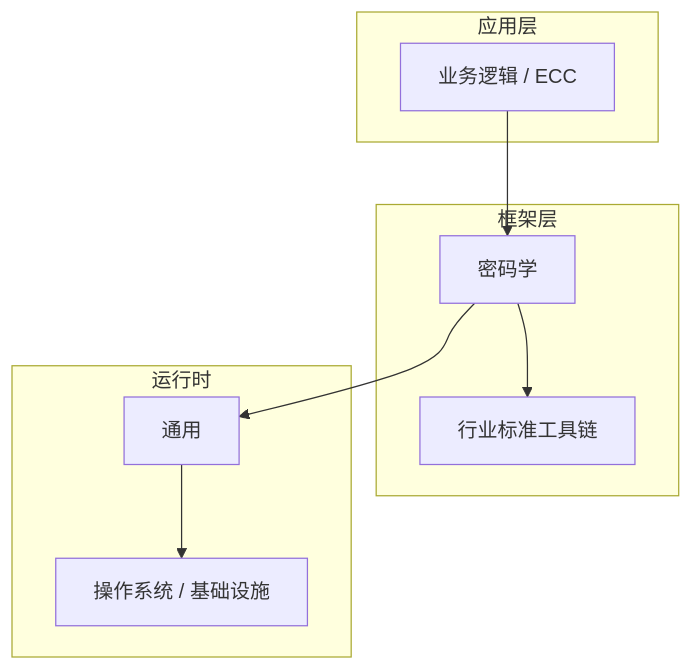
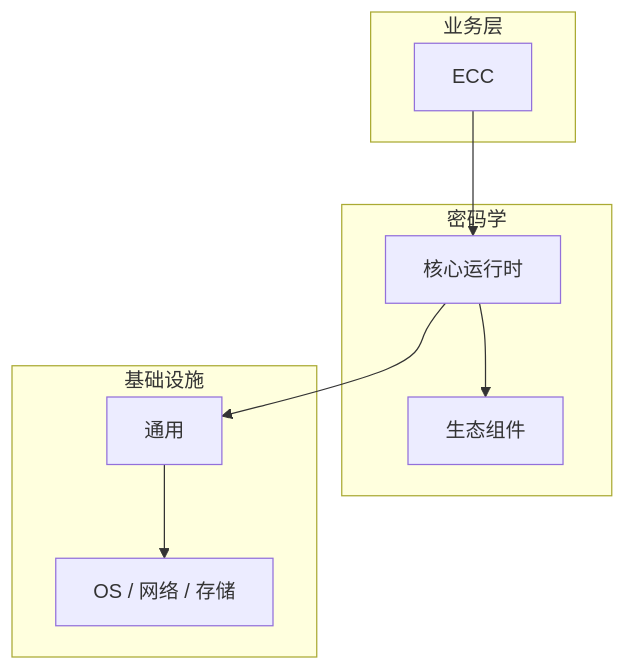
Before and after one commit to yanggan2015/knowledge-json-v2: the diagram in articles/密码学/chapters/031-ECC核心概念与原理.md, drawn with Mermaid. The commit also changed other lines of this file and 10127 other files, not shown here.

````diff
--- a/articles/密码学/chapters/031-ECC核心概念与原理.md
+++ b/articles/密码学/chapters/031-ECC核心概念与原理.md
@@ -46,18 +31,18 @@
 ```mermaid
 graph TB
-    subgraph 应用层
-        A[业务逻辑 / ECC]
+    subgraph 业务层
+        A[ECC]
     end
-    subgraph 框架层
-        B[密码学]
-        C[行业标准工具链]
+    subgraph 密码学
+        B[核心运行时]
+        C[生态组件]
     end
-    subgraph 运行时
+    subgraph 基础设施
         D[通用]
-        E[操作系统 / 基础设施]
+        E[OS / 网络 / 存储]
     end
     A --> B
     B --> C
     B --> D
     D --> E
 ```
````
